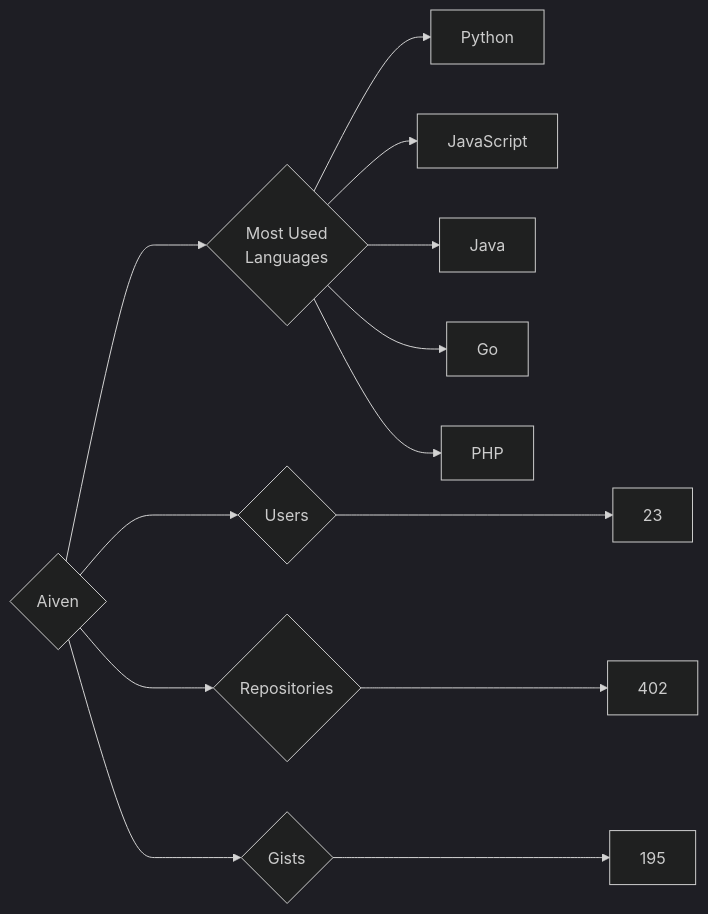
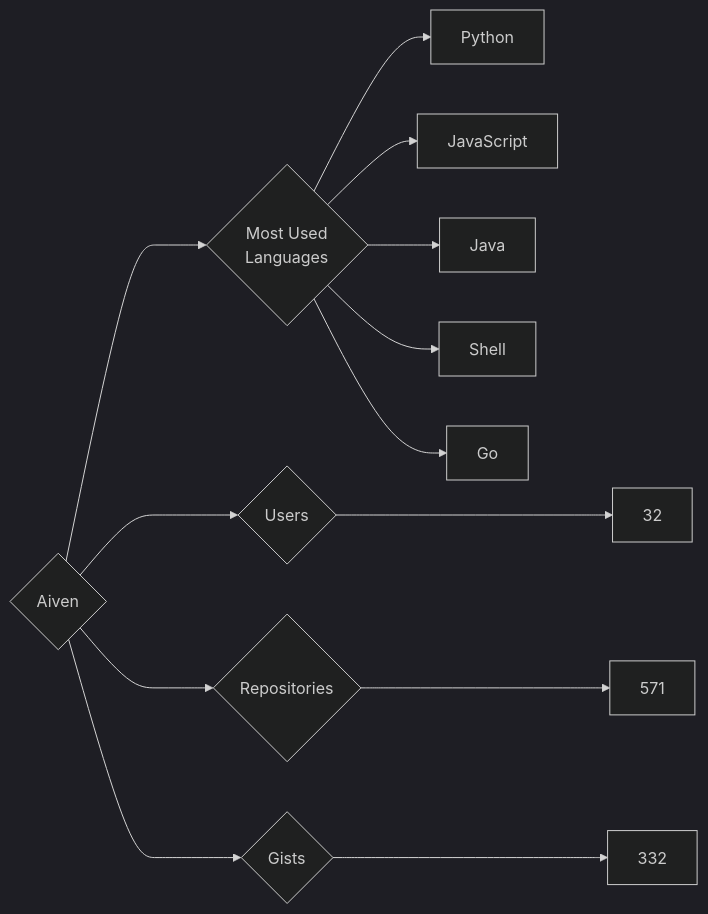
One commit to trickest/insiders changed the diagram in targets/Aiven/README.md. Above: the diagram before and after it, drawn with Mermaid (dark theme). The commit also changed 953 other files, not shown here.

````diff
--- a/targets/Aiven/README.md
+++ b/targets/Aiven/README.md
@@ -3,13 +3,13 @@
 ```mermaid
 graph LR
 COMPANY_NAME{Aiven}
-COMPANY_NAME ---> U{Users} ---> UN[23]
-COMPANY_NAME ---> R{Repositories} ---> RN[402]
-COMPANY_NAME ---> G{Gists} ---> GN[195]
+COMPANY_NAME ---> U{Users} ---> UN[32]
+COMPANY_NAME ---> R{Repositories} ---> RN[571]
+COMPANY_NAME ---> G{Gists} ---> GN[332]
 COMPANY_NAME ---> ML{Most Used<br>Languages}
 ML --> Python[Python]
 ML --> JavaScript[JavaScript]
 ML --> Java[Java]
+ML --> Shell[Shell]
 ML --> Go[Go]
-ML --> PHP[PHP]
 ```
````
